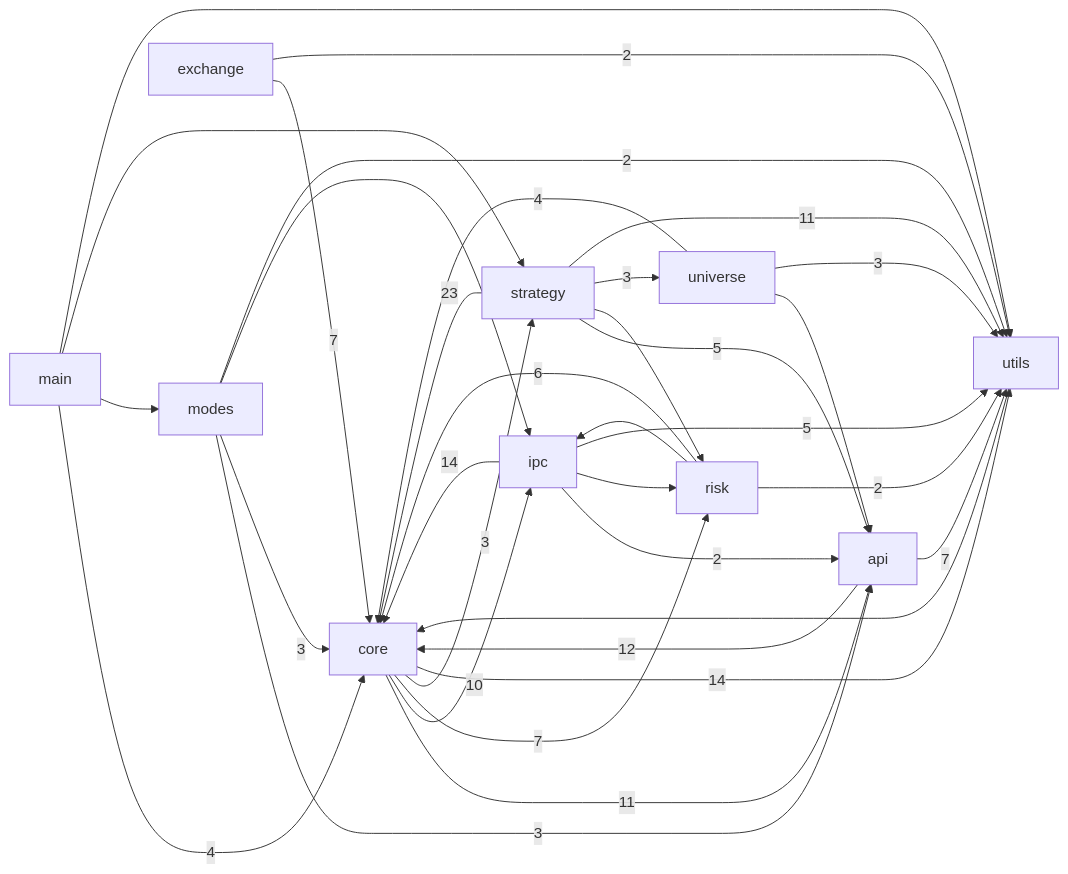
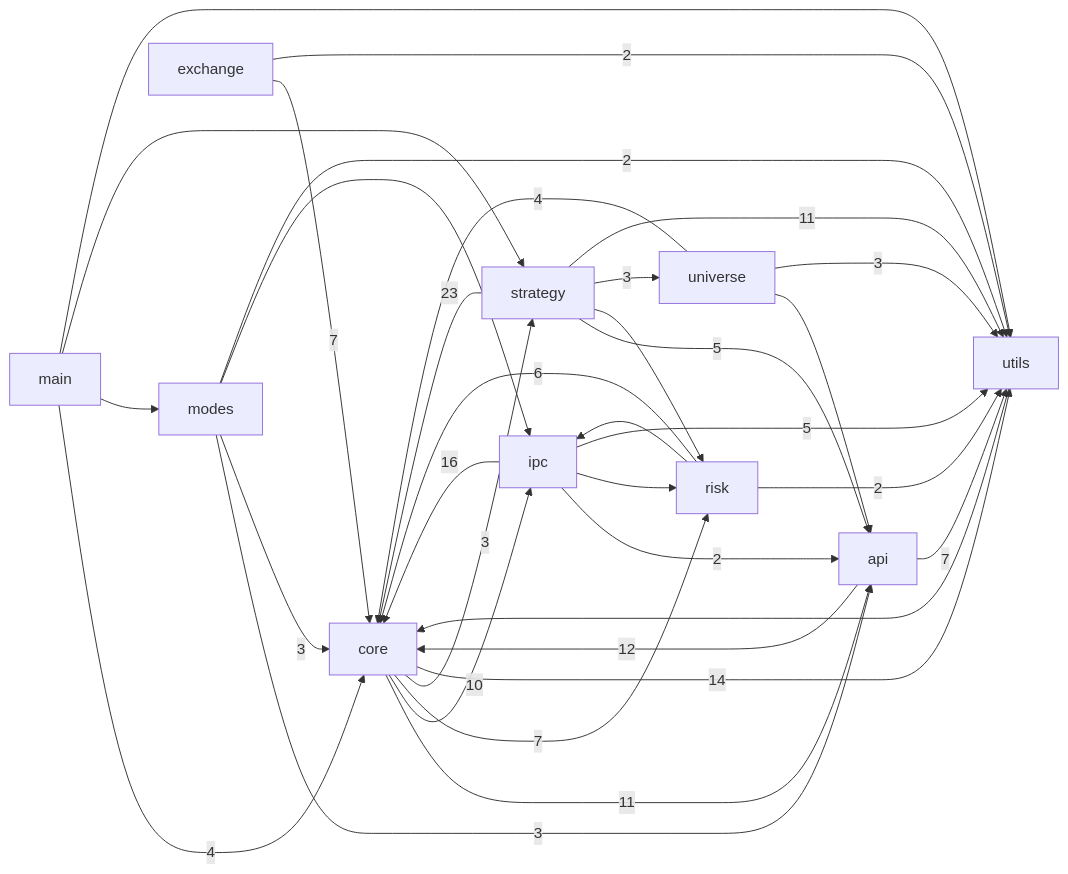
One commit to pypy8171/Quant changed the first of 3 diagrams in docs/CODE_GRAPH.md. Above: the diagram before and after it, drawn with Mermaid. The commit also changed other lines of this file and 26 other files, not shown here.

````diff
--- a/docs/CODE_GRAPH.md
+++ b/docs/CODE_GRAPH.md
@@ -10,46 +10,46 @@
 ```mermaid
 graph LR
   main[main]
   modes[modes]
   core[core]
   strategy[strategy]
   api[api]
   universe[universe]
   risk[risk]
   ipc[ipc]
   utils[utils]
   exchange[exchange]
   api -->|12| core
   api -->|7| utils
   core -->|11| api
   core -->|10| ipc
   core -->|7| risk
   core -->|3| strategy
   core -->|14| utils
   exchange -->|7| core
   exchange -->|2| utils
   ipc -->|2| api
-  ipc -->|14| core
+  ipc -->|16| core
   ipc --> risk
   ipc -->|5| utils
   main -->|4| core
   main --> modes
   main --> strategy
   main --> utils
   modes -->|3| api
   modes -->|3| core
   modes --> ipc
   modes -->|2| utils
   risk -->|6| core
   risk --> ipc
   risk -->|2| utils
   strategy -->|5| api
   strategy -->|23| core
   strategy --> risk
   strategy -->|3| universe
   strategy -->|11| utils
   universe --> api
   universe -->|4| core
   universe -->|3| utils
   utils --> core
 ```
````
